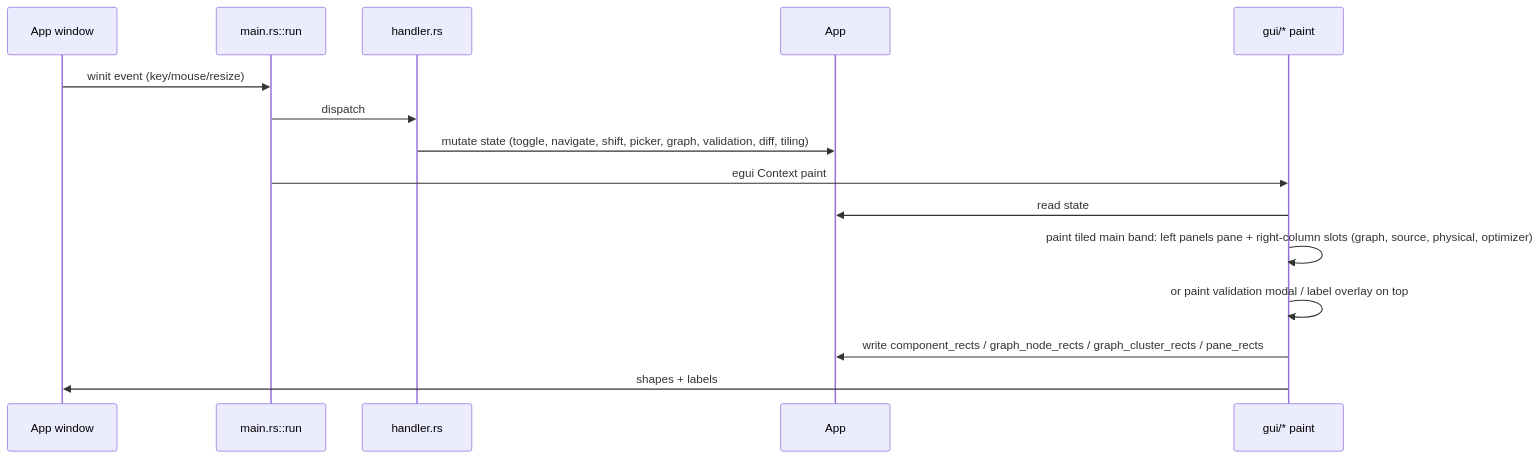
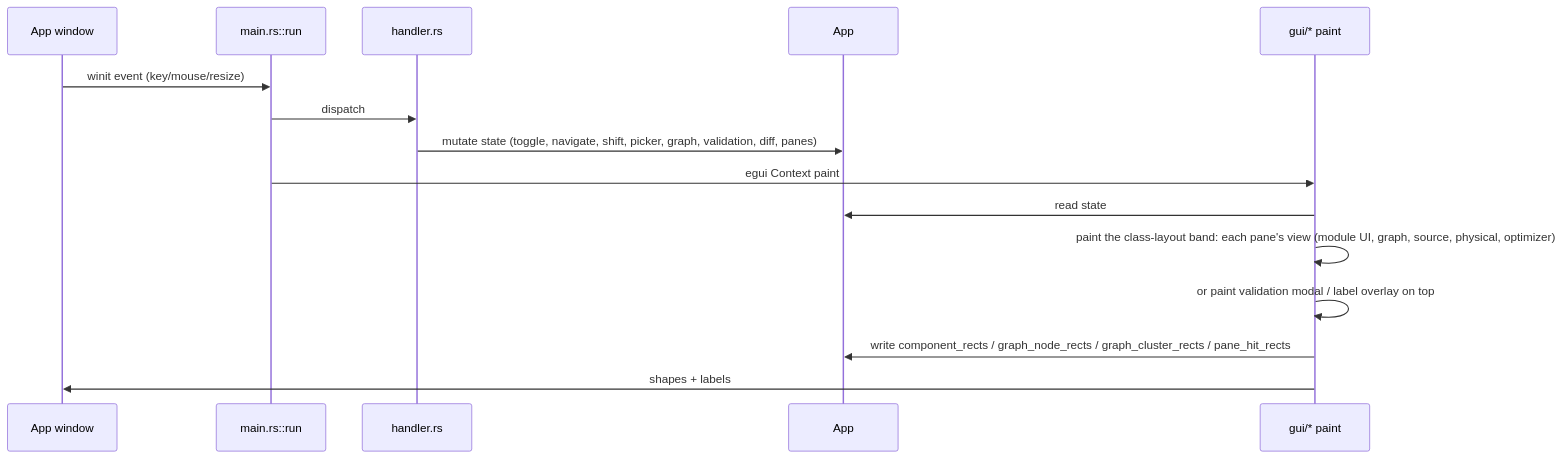
Before and after one commit to moonstruxx/droid-buddy: the second of 5 diagrams in ARCHITECTURE.md, drawn with Mermaid. The commit also changed other lines of this file and 1 other file, not shown here.

First line of the commit message:
docs: regenerate ARCHITECTURE.md + pc-guardrails-project for the pane-class layout

````diff
--- a/ARCHITECTURE.md
+++ b/ARCHITECTURE.md
@@ -257,17 +272,17 @@
 ```mermaid
 sequenceDiagram
     participant W as App window
     participant L as main.rs::run
     participant H as handler.rs
     participant A as App
     participant G as gui/* paint
     W->>L: winit event (key/mouse/resize)
     L->>H: dispatch
-    H->>A: mutate state (toggle, navigate, shift, picker, graph, validation, diff, tiling)
+    H->>A: mutate state (toggle, navigate, shift, picker, graph, validation, diff, panes)
     L->>G: egui Context paint
     G->>A: read state
-    G->>G: paint tiled main band: left panels pane + right-column slots (graph, source, physical, optimizer)
+    G->>G: paint the class-layout band: each pane's view (module UI, graph, source, physical, optimizer)
     G->>G: or paint validation modal / label overlay on top
-    G->>A: write component_rects / graph_node_rects / graph_cluster_rects / pane_rects
+    G->>A: write component_rects / graph_node_rects / graph_cluster_rects / pane_hit_rects
     G->>W: shapes + labels
 ```
````
